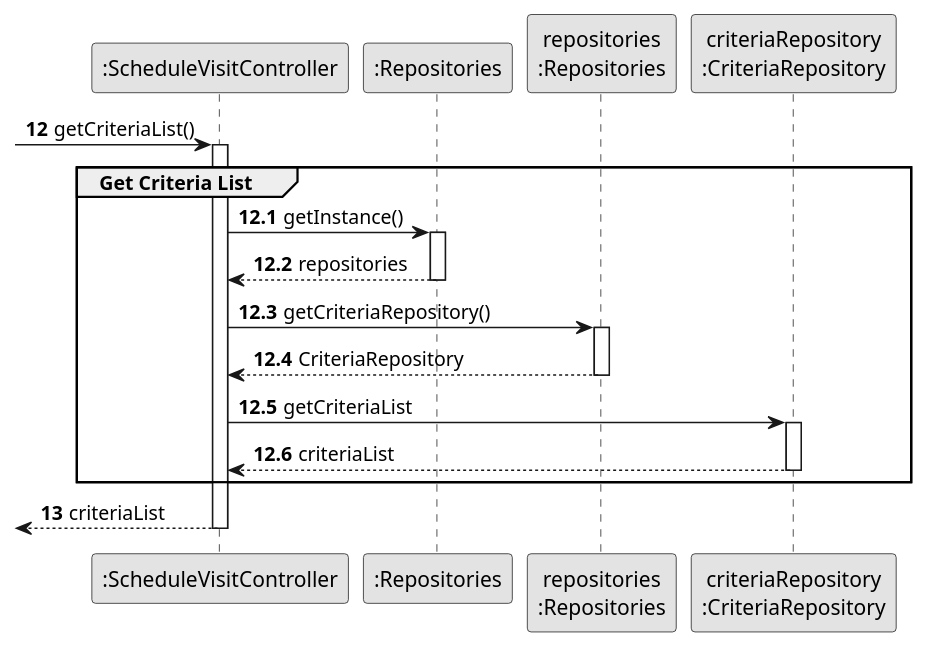
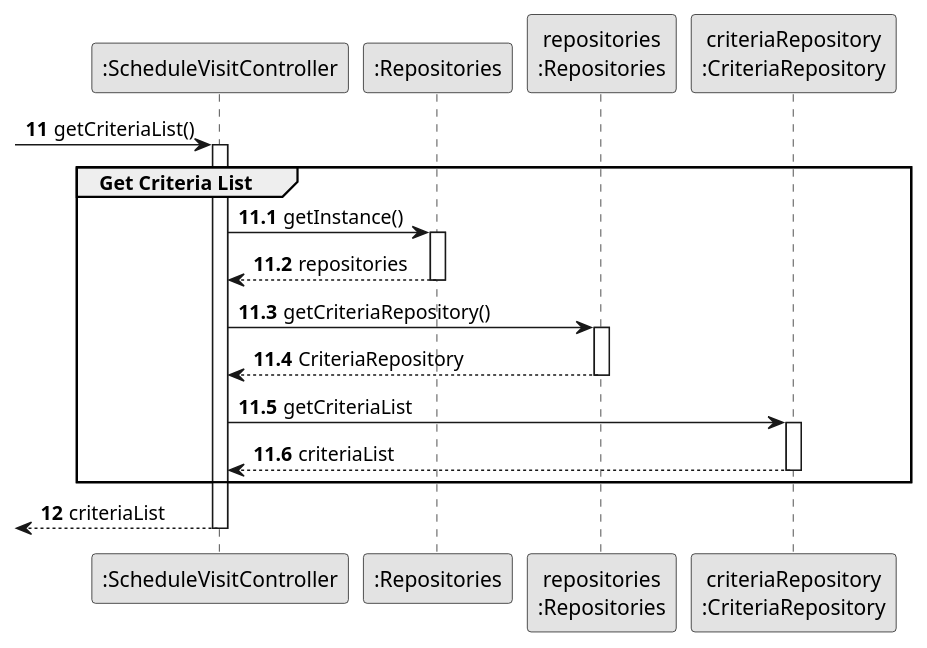
Before and after one commit to rita-barbosa/LAPR2-2223: the diagram in docs/sprintD/us009/03.design/puml/us009-sequence-diagram-partial-get-criteria-list.puml, drawn with PlantUML. The commit also changed 20 other files, not shown here.

```diff
--- a/docs/sprintD/us009/03.design/puml/us009-sequence-diagram-partial-get-criteria-list.puml
+++ b/docs/sprintD/us009/03.design/puml/us009-sequence-diagram-partial-get-criteria-list.puml
@@ -1,49 +1,49 @@
 @startuml
 
 skinparam monochrome true
 skinparam packageStyle rectangle
 skinparam shadowing false
 
 participant ":ScheduleVisitController" as CTRL
 participant ":Repositories" as RepositorySingleton
 participant "repositories\n:Repositories" as PLAT
 participant "criteriaRepository\n:CriteriaRepository" as CriteriaRepository
 
-autonumber 12
+autonumber 11
 
 -> CTRL : getCriteriaList()
 
 activate CTRL
-autonumber 12.1
+autonumber 11.1
 
     group Get Criteria List
 
 CTRL -> RepositorySingleton : getInstance()
 
         activate RepositorySingleton
 
             RepositorySingleton --> CTRL : repositories
         deactivate RepositorySingleton
 
         CTRL -> PLAT : getCriteriaRepository()
 
         activate PLAT
 
             PLAT --> CTRL : CriteriaRepository
 
         deactivate PLAT
 
         CTRL -> CriteriaRepository : getCriteriaList
 
         activate CriteriaRepository
 
         CriteriaRepository --> CTRL : criteriaList
 
         deactivate CriteriaRepository
      end
-     autonumber 13
+     autonumber 12
 
         <-- CTRL : criteriaList
 
         deactivate CTRL
 @enduml
```
